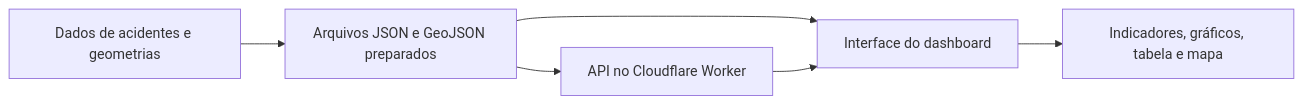
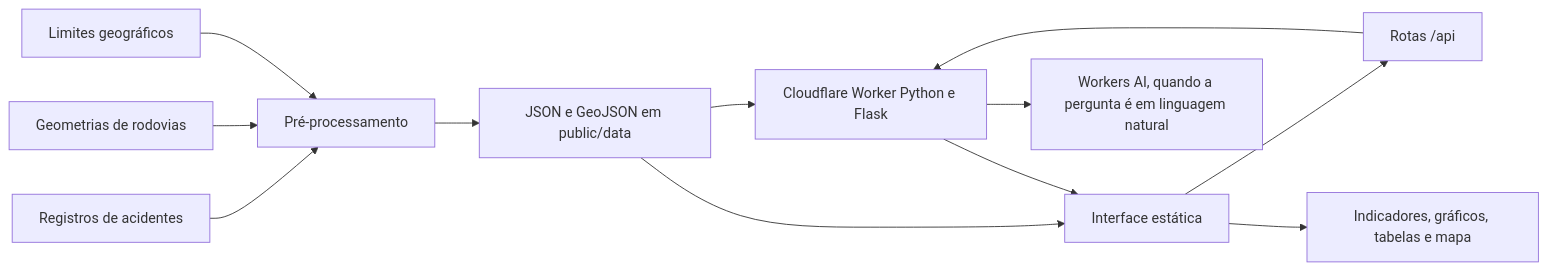
One commit to guig7/Dashboard_acidentes changed the diagram in README.md. Above: the diagram before and after it, drawn with Mermaid. The commit also changed other lines of this file, not shown here.

Commit message:
Document dashboard architecture and data flow

````diff
--- a/README.md
+++ b/README.md
@@ -45,8 +28,14 @@
 ```mermaid
 flowchart LR
-    FONTES[Dados de acidentes e geometrias] --> PREP[Arquivos JSON e GeoJSON preparados]
-    PREP --> API[API no Cloudflare Worker]
-    PREP --> SITE[Interface do dashboard]
-    API --> SITE
-    SITE --> VIS[Indicadores, gráficos, tabela e mapa]
+    PRF[Registros de acidentes] --> PREP[Pré-processamento]
+    DNIT[Geometrias de rodovias] --> PREP
+    IBGE[Limites geográficos] --> PREP
+    PREP --> ASSETS[JSON e GeoJSON em public/data]
+    ASSETS --> WORKER[Cloudflare Worker Python e Flask]
+    ASSETS --> UI[Interface estática]
+    UI --> API[Rotas /api]
+    API --> WORKER
+    WORKER --> AI[Workers AI, quando a pergunta é em linguagem natural]
+    WORKER --> UI
+    UI --> VIS[Indicadores, gráficos, tabelas e mapa]
 ```
````
